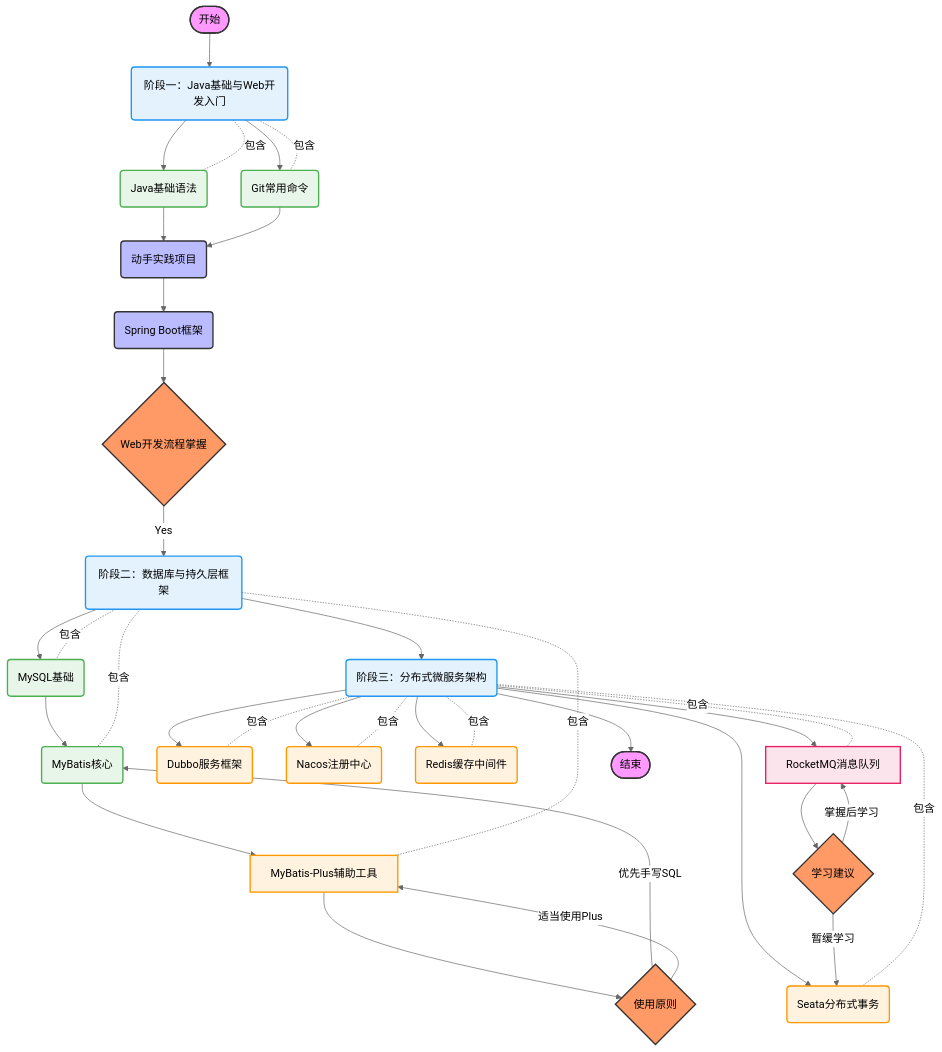
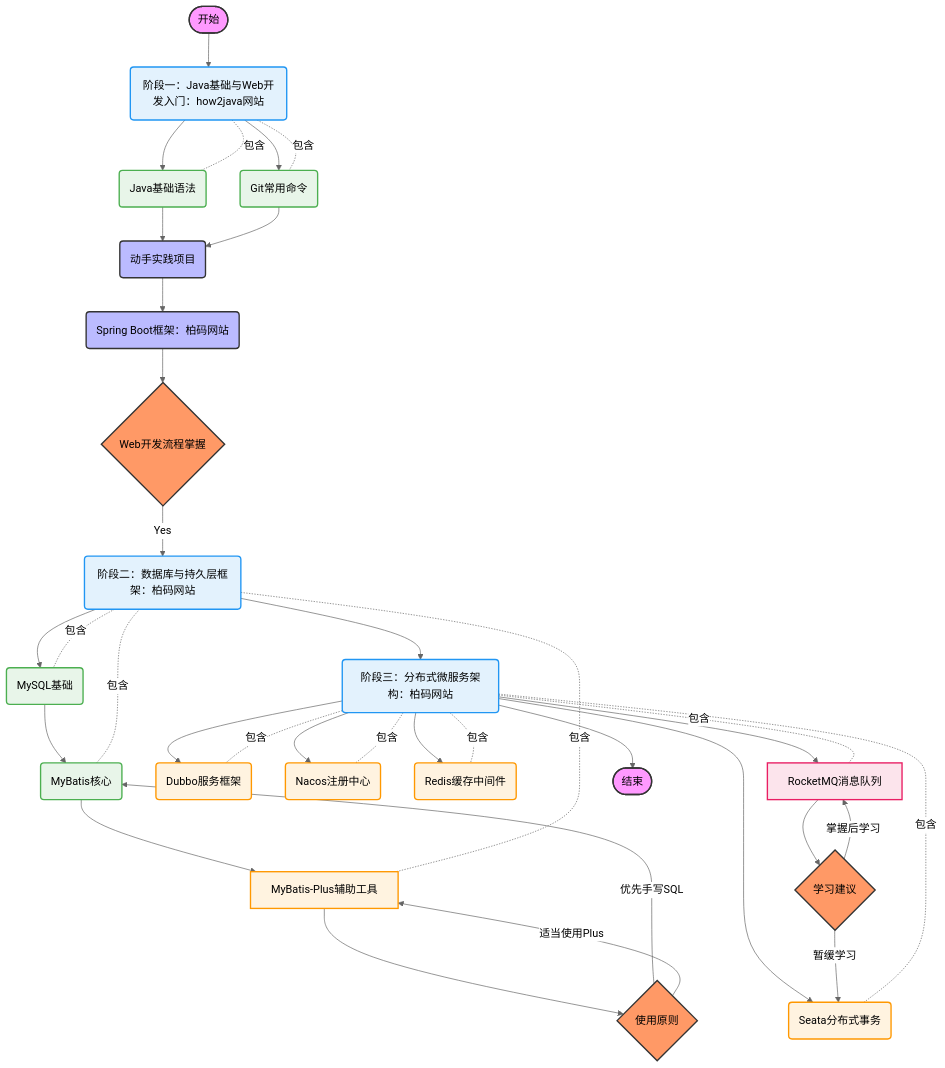
One commit to Alleyf/alleyf.github.io changed the diagram in source/_posts/后端开发/20250622_后端学习清单.md. Above: the diagram before and after it, drawn with Mermaid (neutral theme). The commit also changed 2 other files, not shown here.

Commit message:
: 2025-06-22 15:11:14

````diff
--- a/source/_posts/后端开发/20250622_后端学习清单.md
+++ b/source/_posts/后端开发/20250622_后端学习清单.md
@@ -23,52 +23,52 @@
 ```mermaid
 graph TD
     classDef startend fill:#F9F,stroke:#333,stroke-width:2px;
     classDef process fill:#BBF,stroke:#333,stroke-width:2px;
     classDef decision fill:#F96,stroke:#333,stroke-width:2px;
     
-    A([开始]):::startend --> B(阶段一：Java基础与Web开发入门):::process
+    A([开始]):::startend --> B(阶段一：Java基础与Web开发入门：how2java网站):::process
     B --> B1(Java基础语法):::process
     B --> B2(Git常用命令):::process
     B1 & B2 --> C(动手实践项目):::process
-    C --> D(Spring Boot框架):::process
+    C --> D(Spring Boot框架：柏码网站):::process
     D --> E{Web开发流程掌握}:::decision
     
-    E -->|Yes| F(阶段二：数据库与持久层框架):::process
+    E -->|Yes| F(阶段二：数据库与持久层框架：柏码网站):::process
     F --> F1(MySQL基础):::process
     F1 --> F2(MyBatis核心):::process
     F2 --> F3[MyBatis-Plus辅助工具]:::process
     F3 --> G{使用原则}:::decision
     G -->|优先手写SQL| F2
     G -->|适当使用Plus| F3
     
-    F --> H(阶段三：分布式微服务架构):::process
+    F --> H(阶段三：分布式微服务架构：柏码网站):::process
     H --> H1(Dubbo服务框架):::process
     H --> H2(Nacos注册中心):::process
     H --> H3(Redis缓存中间件):::process
     H --> H4(Seata分布式事务):::process
     H --> H5[RocketMQ消息队列]:::process
     
     H5 --> I{学习建议}:::decision
     I -->|暂缓学习| H4
     I -->|掌握后学习| H5
     
     H --> J([结束]):::startend
     
     style A fill:#F9F,stroke:#333,stroke-width:2px
     style J fill:#F9F,stroke:#333,stroke-width:2px
     classDef phase fill:#E3F2FD,stroke:#2196F3,stroke-width:2px;
     classDef subphase fill:#E8F5E9,stroke:#4CAF50,stroke-width:2px;
     classDef component fill:#FFF3E0,stroke:#FF9800,stroke-width:2px;
     classDef note fill:#FCE4EC,stroke:#E91E63,stroke-width:2px;
     
     B:::phase -.-|包含| B1:::subphase
     B:::phase -.-|包含| B2:::subphase
     F:::phase -.-|包含| F1:::subphase
     F:::phase -.-|包含| F2:::subphase
     F:::phase -.-|包含| F3:::component
     H:::phase -.-|包含| H1:::component
     H:::phase -.-|包含| H2:::component
     H:::phase -.-|包含| H3:::component
     H:::phase -.-|包含| H4:::component
     H:::phase -.-|包含| H5:::note
 ```
````
